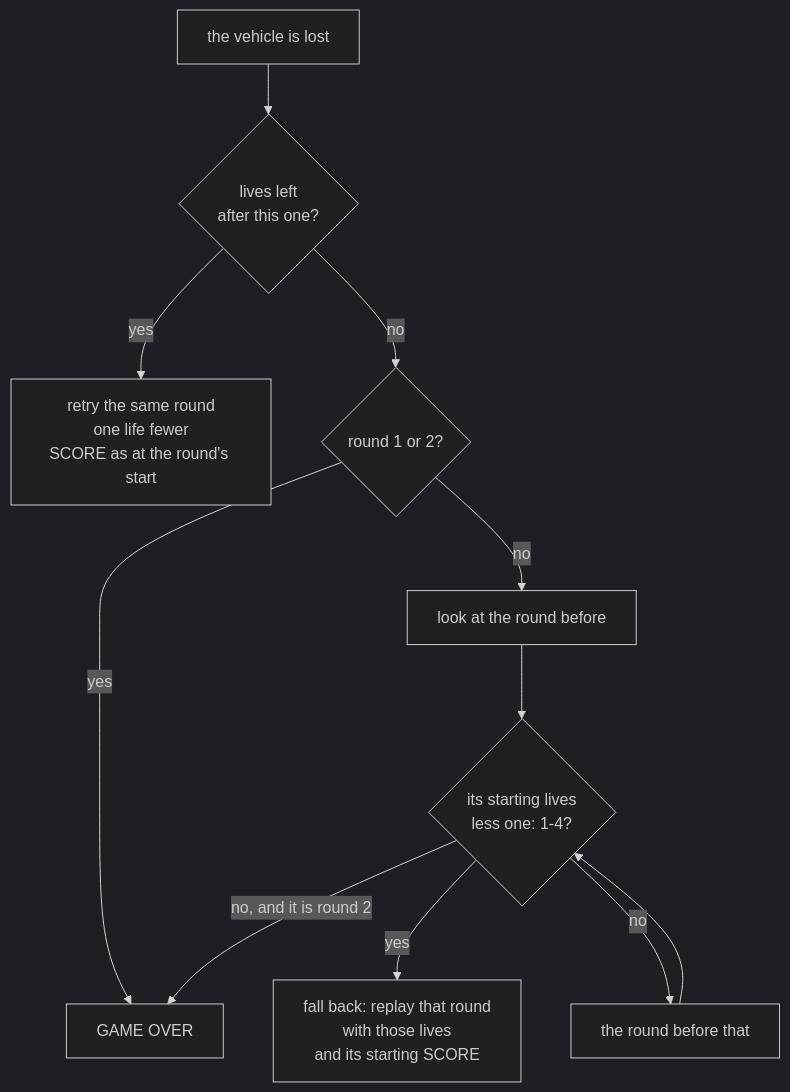
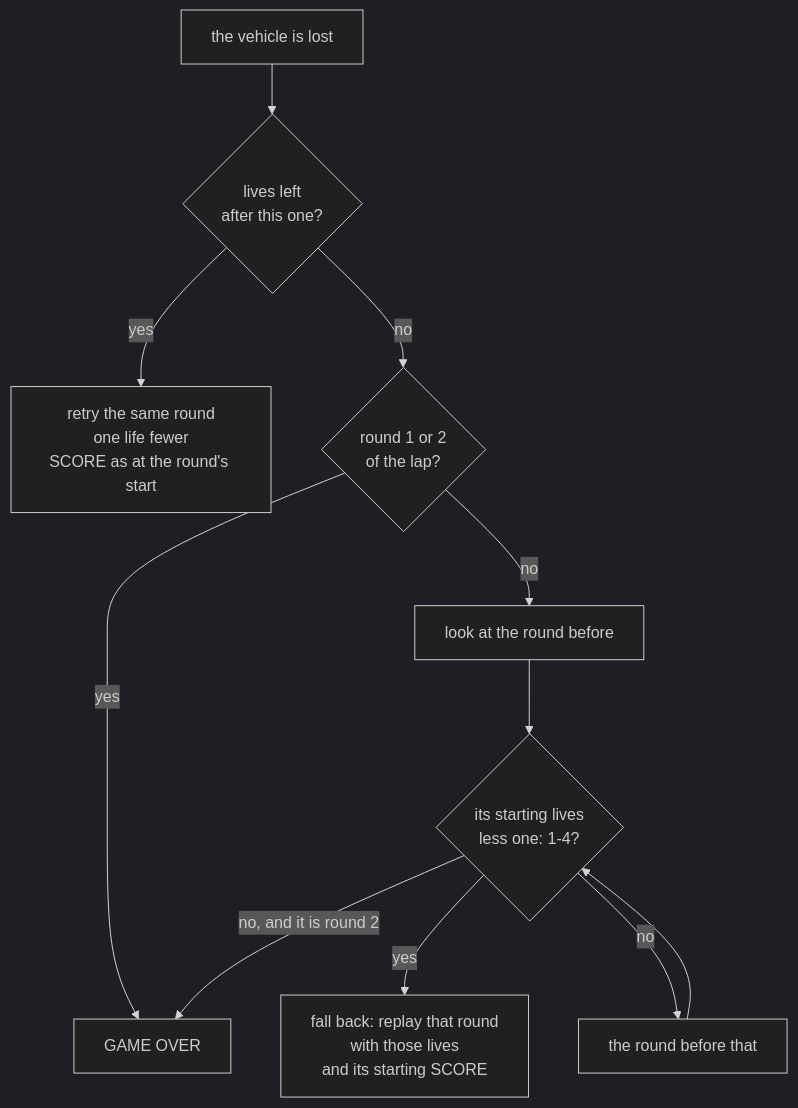
The second of 3 diagrams in hate/docs/01-game-design.md (alfishe/unrealng-reverse-cases), drawn with Mermaid (dark theme) before and after one commit. The commit also changed other lines of this file and 17 other files, not shown here.

````diff
--- a/hate/docs/01-game-design.md
+++ b/hate/docs/01-game-design.md
@@ -233,13 +234,13 @@
 ```mermaid
 flowchart TD
     Lost["the vehicle is lost"] --> Q{"lives left<br/>after this one?"}
     Q -->|yes| R["retry the same round<br/>one life fewer<br/>SCORE as at the round's start"]
-    Q -->|no| E{"round 1 or 2?"}
+    Q -->|no| E{"round 1 or 2<br/>of the lap?"}
     E -->|yes| G["GAME OVER"]
     E -->|no| K["look at the round before"]
     K --> Z{"its starting lives<br/>less one: 1-4?"}
     Z -->|yes| F["fall back: replay that round<br/>with those lives<br/>and its starting SCORE"]
     Z -->|"no, and it is round 2"| G
     Z -->|"no"| K2["the round before that"]
     K2 --> Z
 ```
````
